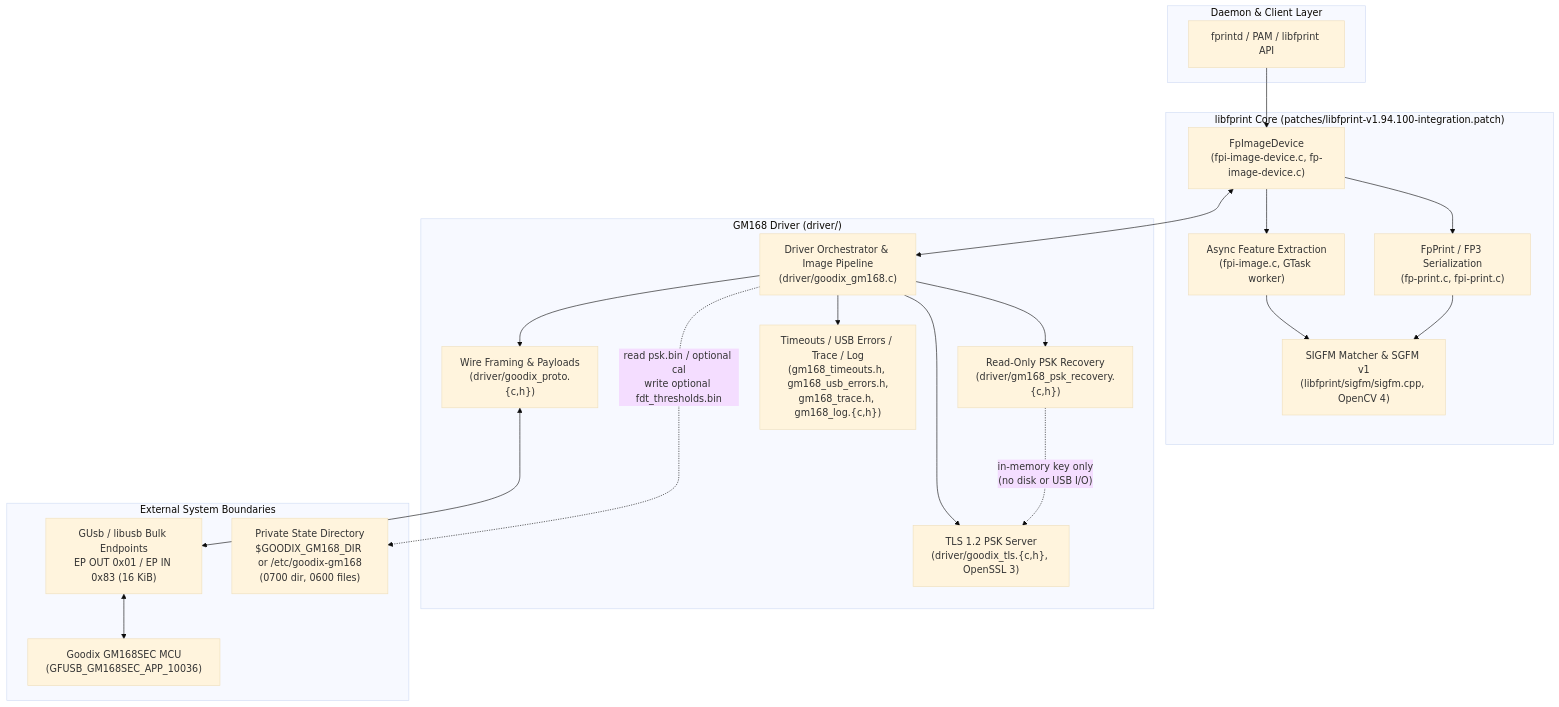
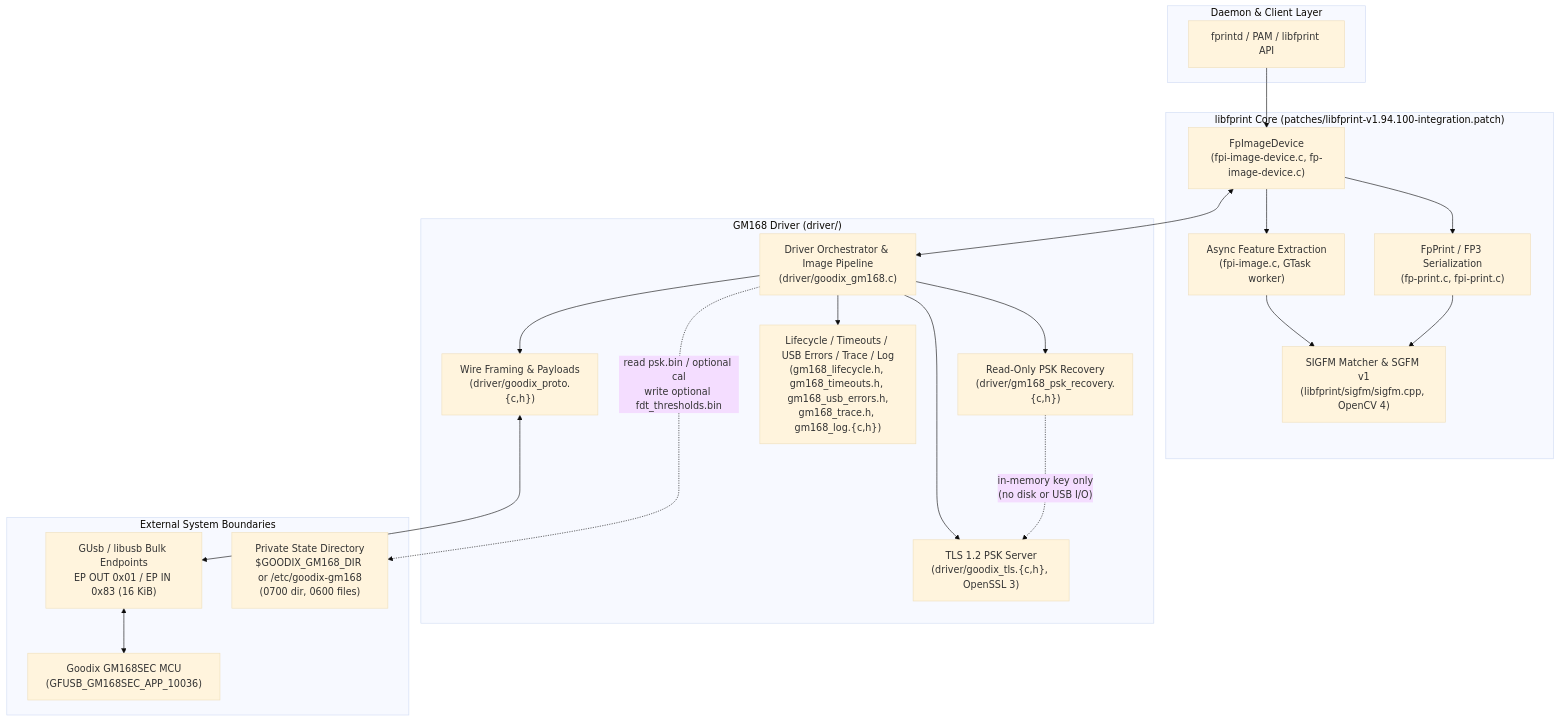
Before and after one commit to mrcook1e-ai/goodix-gm168sec: the first of 2 diagrams in docs/ARCHITECTURE.md, drawn with Mermaid (base theme). The commit also changed other lines of this file and 14 other files, not shown here.

````diff
--- a/docs/ARCHITECTURE.md
+++ b/docs/ARCHITECTURE.md
@@ -7,44 +7,44 @@
 ```mermaid
 flowchart TB
     subgraph ClientLayer["Daemon & Client Layer"]
         FPRINTD["fprintd / PAM / libfprint API"]
     end
 
     subgraph LibfprintCore["libfprint Core (patches/libfprint-v1.94.100-integration.patch)"]
         IMGDEV["FpImageDevice<br/>(fpi-image-device.c, fp-image-device.c)"]
         FPPRINT["FpPrint / FP3 Serialization<br/>(fp-print.c, fpi-print.c)"]
         SIGFM_ASYNC["Async Feature Extraction<br/>(fpi-image.c, GTask worker)"]
         SIGFM_CPP["SIGFM Matcher & SGFM v1<br/>(libfprint/sigfm/sigfm.cpp, OpenCV 4)"]
     end
 
     subgraph DriverLayer["GM168 Driver (driver/)"]
         DRV["Driver Orchestrator & Image Pipeline<br/>(driver/goodix_gm168.c)"]
         PROTO["Wire Framing & Payloads<br/>(driver/goodix_proto.{c,h})"]
         TLS["TLS 1.2 PSK Server<br/>(driver/goodix_tls.{c,h}, OpenSSL 3)"]
         RECOV["Read-Only PSK Recovery<br/>(driver/gm168_psk_recovery.{c,h})"]
-        INFRA["Timeouts / USB Errors / Trace / Log<br/>(gm168_timeouts.h, gm168_usb_errors.h,<br/>gm168_trace.h, gm168_log.{c,h})"]
+        INFRA["Lifecycle / Timeouts / USB Errors / Trace / Log<br/>(gm168_lifecycle.h, gm168_timeouts.h, gm168_usb_errors.h,<br/>gm168_trace.h, gm168_log.{c,h})"]
     end
 
     subgraph ExternalBoundaries["External System Boundaries"]
         USB["GUsb / libusb Bulk Endpoints<br/>EP OUT 0x01 / EP IN 0x83 (16 KiB)"]
         STATEDIR["Private State Directory<br/>$GOODIX_GM168_DIR or /etc/goodix-gm168<br/>(0700 dir, 0600 files)"]
         SENSOR["Goodix GM168SEC MCU<br/>(GFUSB_GM168SEC_APP_10036)"]
     end
 
     FPRINTD --> IMGDEV
     IMGDEV --> FPPRINT
     IMGDEV --> SIGFM_ASYNC
     SIGFM_ASYNC --> SIGFM_CPP
     FPPRINT --> SIGFM_CPP
 
     IMGDEV <--> DRV
     DRV --> PROTO
     DRV --> TLS
     DRV --> RECOV
     DRV --> INFRA
 
     PROTO <--> USB
     USB <--> SENSOR
     DRV -. "read psk.bin / optional cal<br/>write optional fdt_thresholds.bin" .-> STATEDIR
     RECOV -. "in-memory key only<br/>(no disk or USB I/O)" .-> TLS
 ```
````
